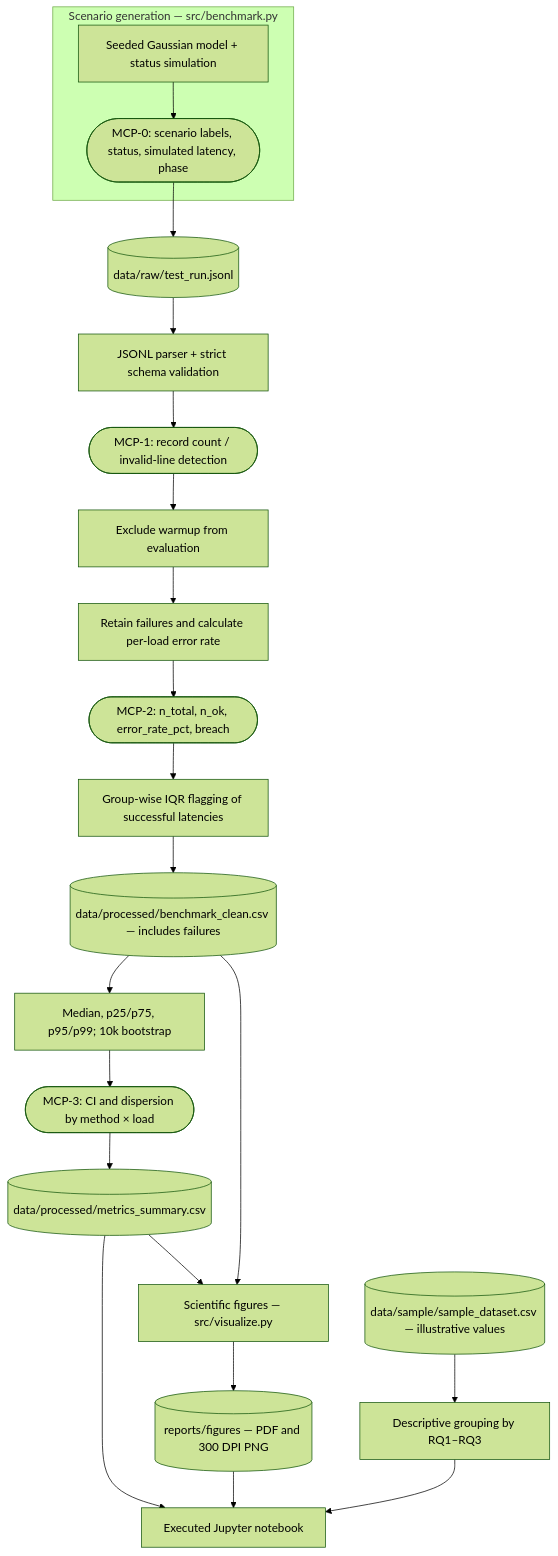
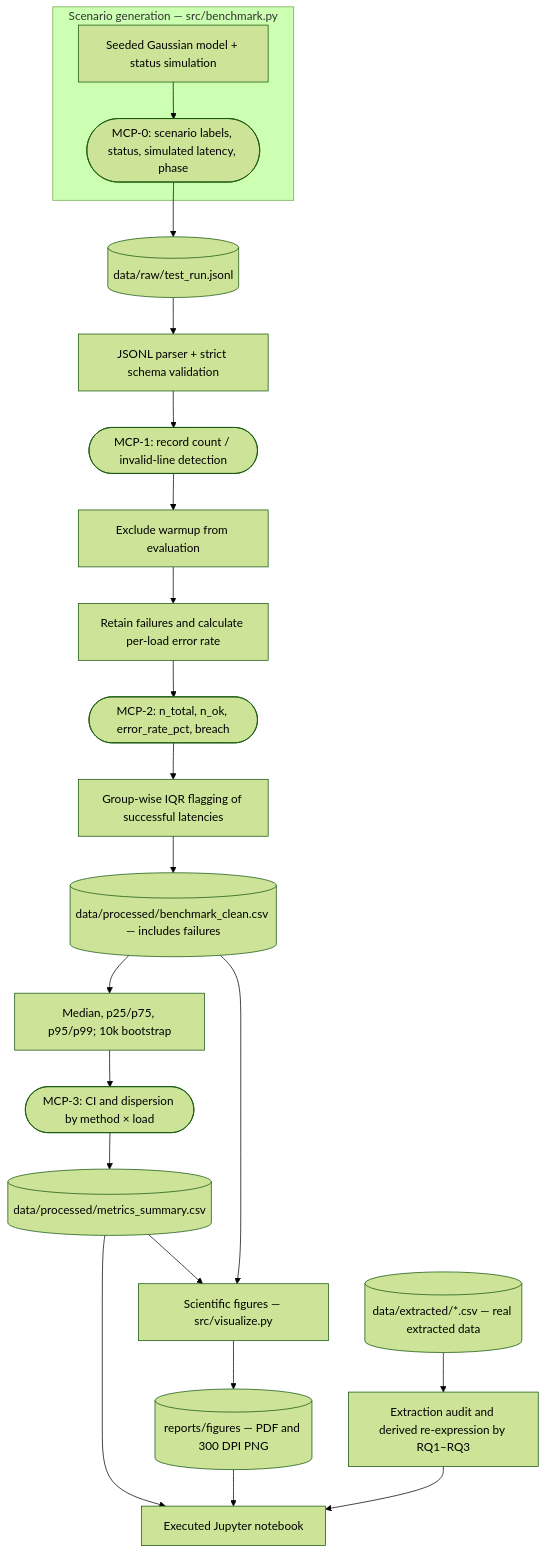
The second of 2 diagrams in docs/domain_model.md (elvheaven/ai-artist-labor-research), drawn with Mermaid (forest theme) before and after one commit. The commit also changed other lines of this file and 15 other files, not shown here.

````diff
--- a/docs/domain_model.md
+++ b/docs/domain_model.md
@@ -34,26 +34,26 @@
 ```mermaid
 flowchart TD
     subgraph A[Scenario generation — src/benchmark.py]
        Generator[Seeded Gaussian model + status simulation]
        MCP0([MCP-0: scenario labels, status, simulated latency, phase])
        Generator --> MCP0
     end
     MCP0 --> Raw[(data/raw/test_run.jsonl)]
     Raw --> Parse[JSONL parser + strict schema validation]
     Parse --> MCP1([MCP-1: record count / invalid-line detection])
     MCP1 --> Phase[Exclude warmup from evaluation]
     Phase --> Error[Retain failures and calculate per-load error rate]
     Error --> MCP2([MCP-2: n_total, n_ok, error_rate_pct, breach])
     MCP2 --> IQR[Group-wise IQR flagging of successful latencies]
     IQR --> Clean[(data/processed/benchmark_clean.csv — includes failures)]
     Clean --> Stats[Median, p25/p75, p95/p99; 10k bootstrap]
     Stats --> MCP3([MCP-3: CI and dispersion by method × load])
     MCP3 --> Summary[(data/processed/metrics_summary.csv)]
     Summary --> Viz[Scientific figures — src/visualize.py]
     Clean --> Viz
     Viz --> Figures[(reports/figures — PDF and 300 DPI PNG)]
     Summary --> NB[Executed Jupyter notebook]
     Figures --> NB
-    Study[(data/sample/sample_dataset.csv — illustrative values)] --> Audit[Descriptive grouping by RQ1–RQ3]
+    Study[(data/extracted/*.csv — real extracted data)] --> Audit[Extraction audit and derived re-expression by RQ1–RQ3]
     Audit --> NB
 ```
````
